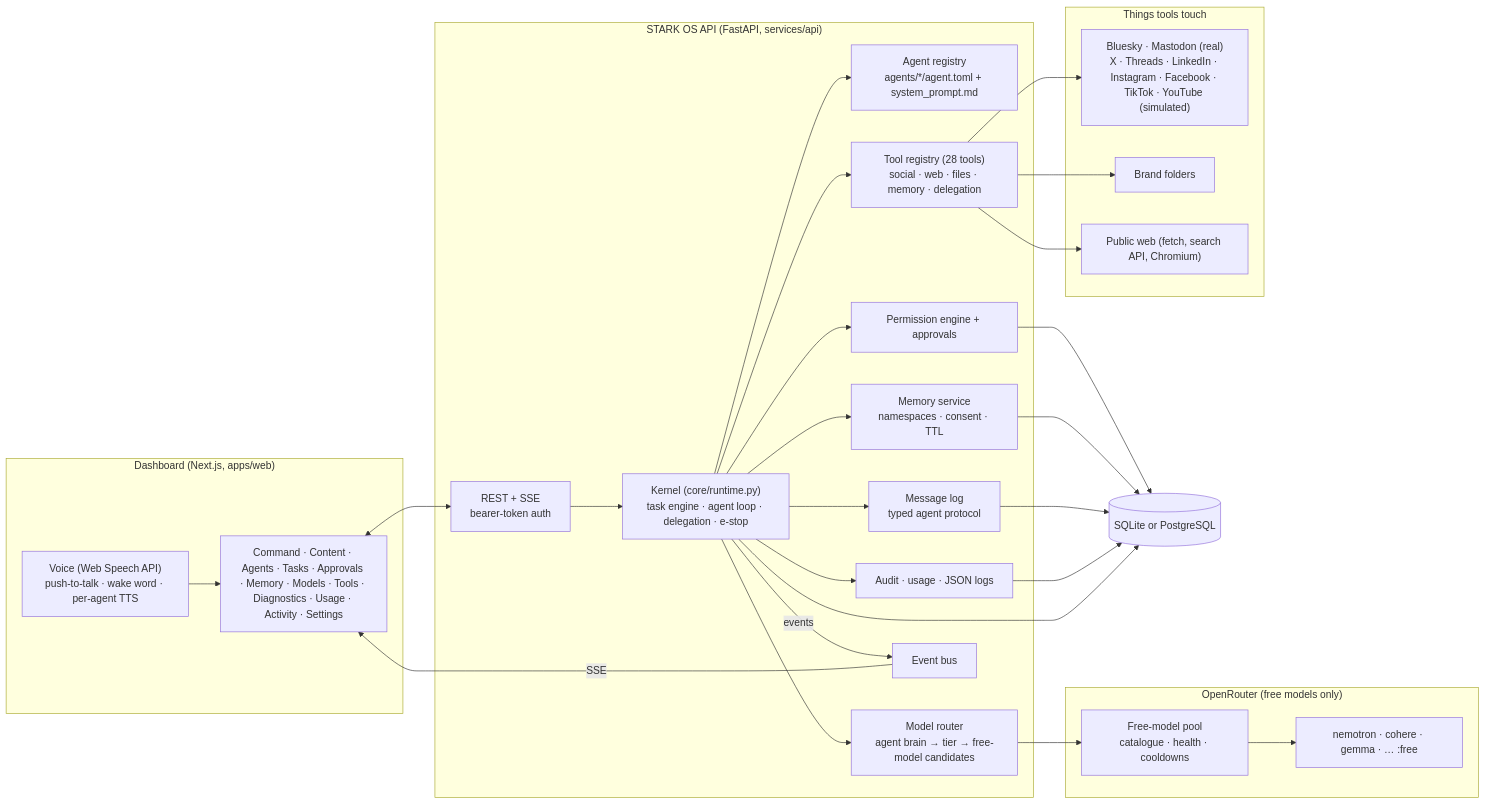
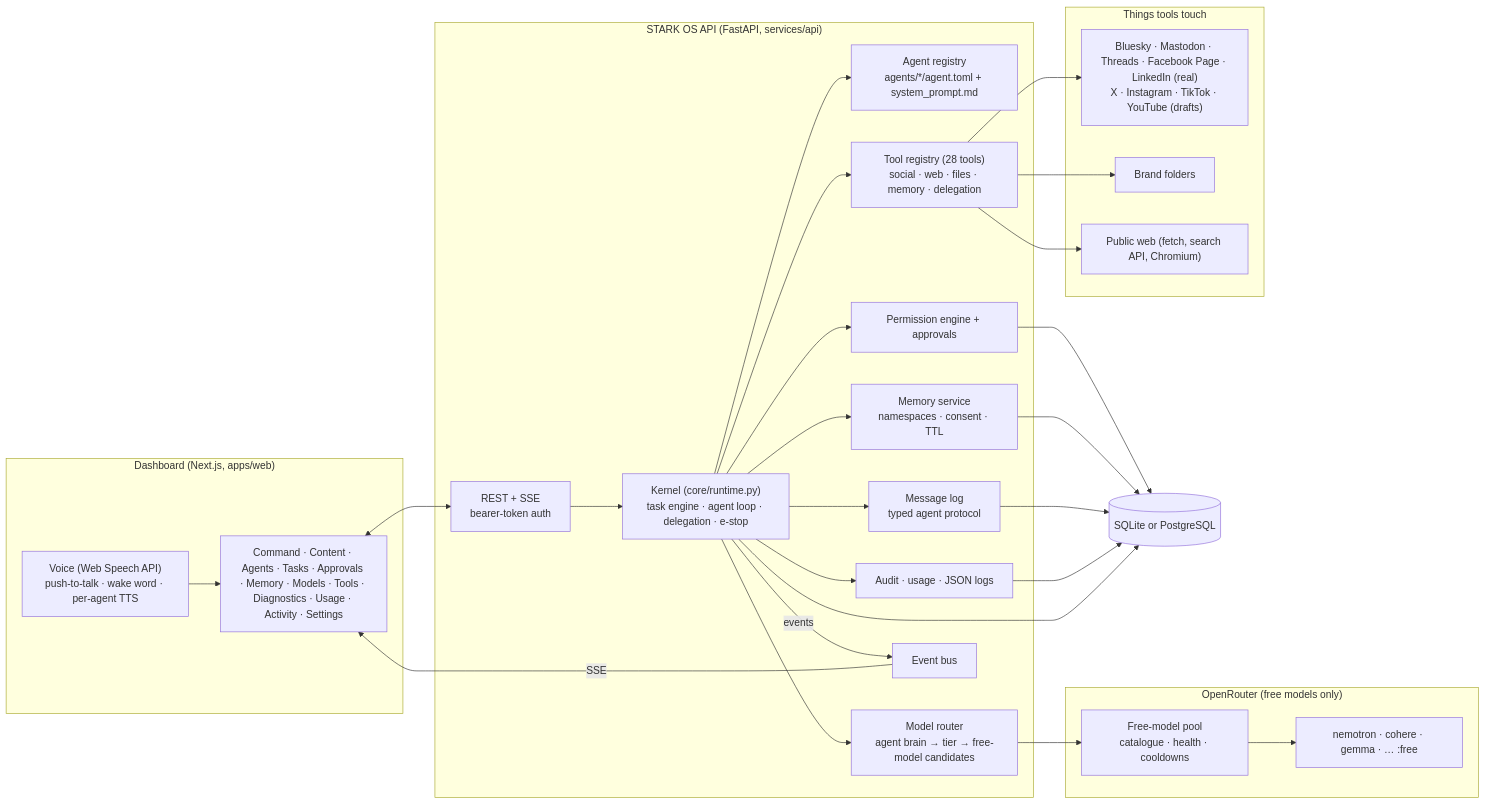
Before and after one commit to Shahrukhalid/stark-os: the first of 5 diagrams in docs/ARCHITECTURE.md, drawn with Mermaid. The commit also changed 26 other files, not shown here.

First line of the commit message:
1.9.0: Facebook Page and LinkedIn publishing, connect every platform from the dashboard, in-app updates (#30)

````diff
--- a/docs/ARCHITECTURE.md
+++ b/docs/ARCHITECTURE.md
@@ -11,42 +11,42 @@
 ```mermaid
 flowchart LR
   subgraph Browser["Dashboard (Next.js, apps/web)"]
     UI["Command · Content · Agents · Tasks · Approvals · Memory · Models · Tools · Diagnostics · Usage · Activity · Settings"]
     Voice["Voice (Web Speech API)<br/>push-to-talk · wake word · per-agent TTS"]
   end
 
   subgraph API["STARK OS API (FastAPI, services/api)"]
     HTTP["REST + SSE<br/>bearer-token auth"]
     Kernel["Kernel (core/runtime.py)<br/>task engine · agent loop · delegation · e-stop"]
     Reg["Agent registry<br/>agents/*/agent.toml + system_prompt.md"]
     Router["Model router<br/>agent brain → tier → free-model candidates"]
     Perm["Permission engine + approvals"]
     Tools["Tool registry (28 tools)<br/>social · web · files · memory · delegation"]
     Mem["Memory service<br/>namespaces · consent · TTL"]
     Msg["Message log<br/>typed agent protocol"]
     Obs["Audit · usage · JSON logs"]
     Bus["Event bus"]
   end
 
   subgraph Providers["OpenRouter (free models only)"]
     Pool["Free-model pool<br/>catalogue · health · cooldowns"]
     Models["nemotron · cohere · gemma · … :free"]
   end
 
   subgraph World["Things tools touch"]
-    Social["Bluesky · Mastodon (real)<br/>X · Threads · LinkedIn · Instagram · Facebook · TikTok · YouTube (simulated)"]
+    Social["Bluesky · Mastodon · Threads · Facebook Page · LinkedIn (real)<br/>X · Instagram · TikTok · YouTube (drafts)"]
     FS["Brand folders"]
     Web["Public web (fetch, search API, Chromium)"]
   end
 
   DB[("SQLite or PostgreSQL")]
 
   UI <--> HTTP
   Voice --> UI
   HTTP --> Kernel
   Kernel --> Reg & Router & Perm & Tools & Mem & Msg & Obs
   Kernel -- events --> Bus -- SSE --> UI
   Router --> Pool --> Models
   Tools --> Social & FS & Web
   Perm & Mem & Msg & Obs & Kernel --> DB
 ```
````
